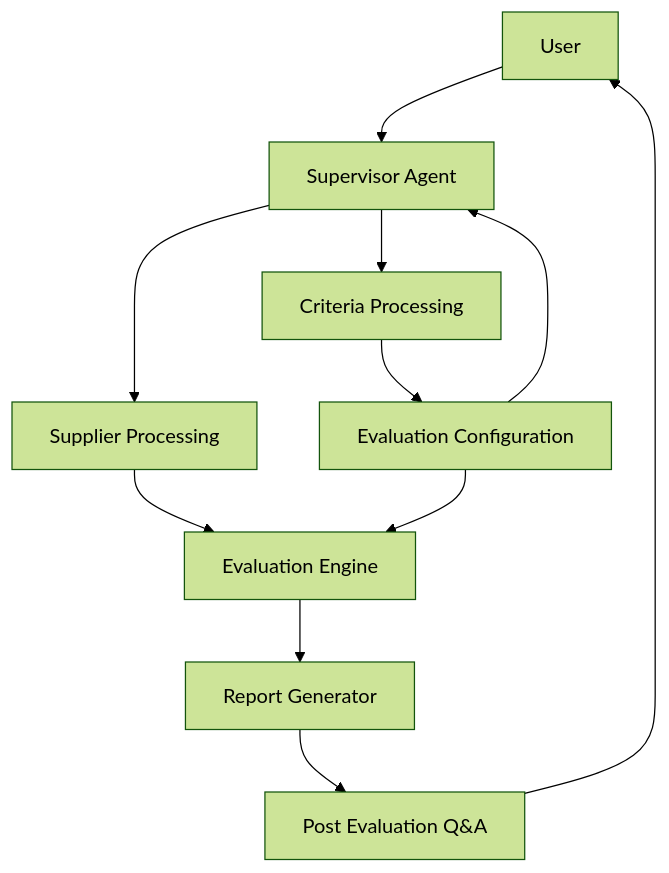
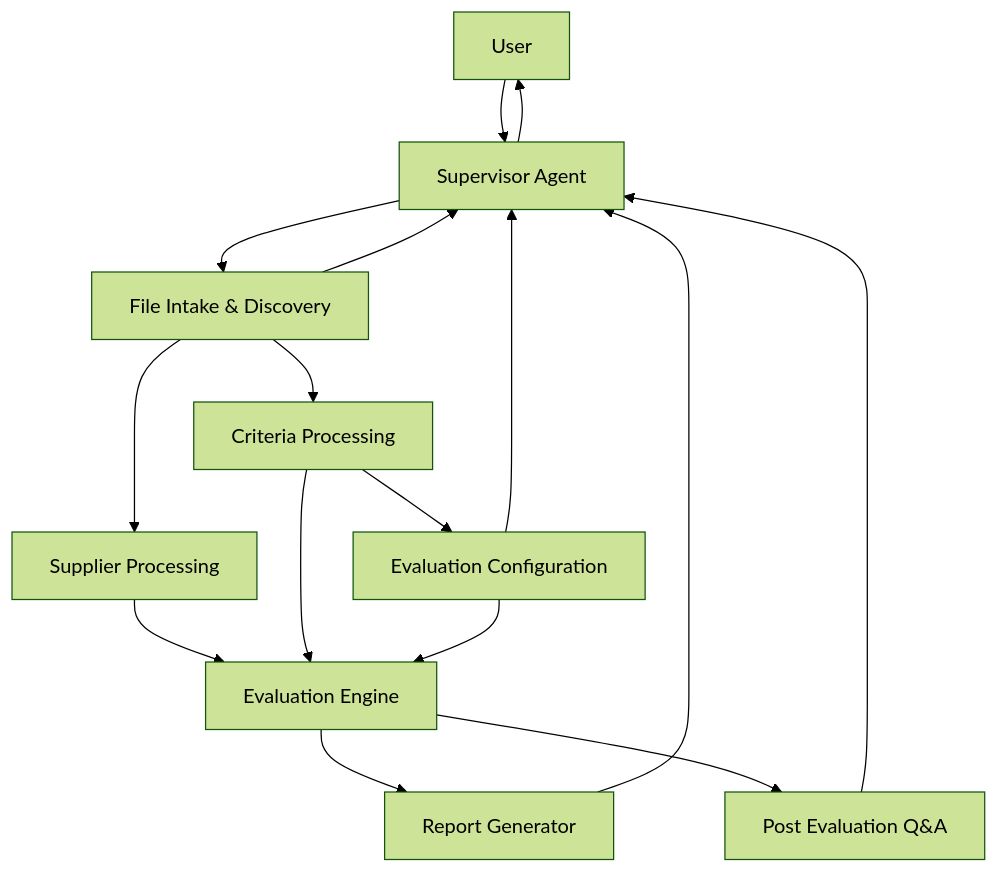
One commit to adityarane-ai/Agentic-Orchestrations changed the first of 3 diagrams in Bid Analysis Agent/04-System-Architecture.md. Above: the diagram before and after it, drawn with Mermaid (forest theme). The commit also changed other lines of this file, not shown here.

Commit message:
Revise system architecture for flexible Excel intake

````diff
--- a/Bid Analysis Agent/04-System-Architecture.md
+++ b/Bid Analysis Agent/04-System-Architecture.md
@@ -42,39 +25,29 @@
 ```mermaid
 flowchart TD
 
 U[User]
-
 S[Supervisor Agent]
-
+FI[File Intake & Discovery]
 CP[Criteria Processing]
-
 EC[Evaluation Configuration]
-
 SP[Supplier Processing]
-
 EE[Evaluation Engine]
-
 RG[Report Generator]
-
 QA[Post Evaluation Q&A]
 
 U --> S
-
-S --> CP
-
+S --> FI
+FI --> CP
+FI --> SP
+FI --> S
 CP --> EC
-
 EC --> S
-
-S --> SP
-
 SP --> EE
-
+CP --> EE
 EC --> EE
-
 EE --> RG
-
-RG --> QA
-
-QA --> U
+EE --> QA
+RG --> S
+QA --> S
+S --> U
 ```
````
